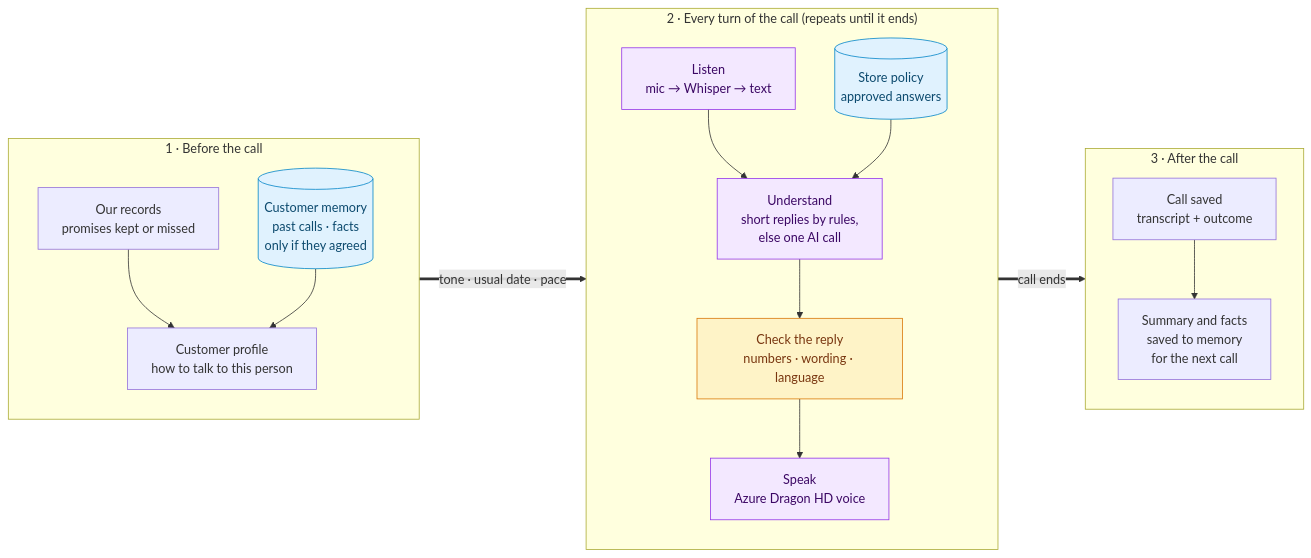
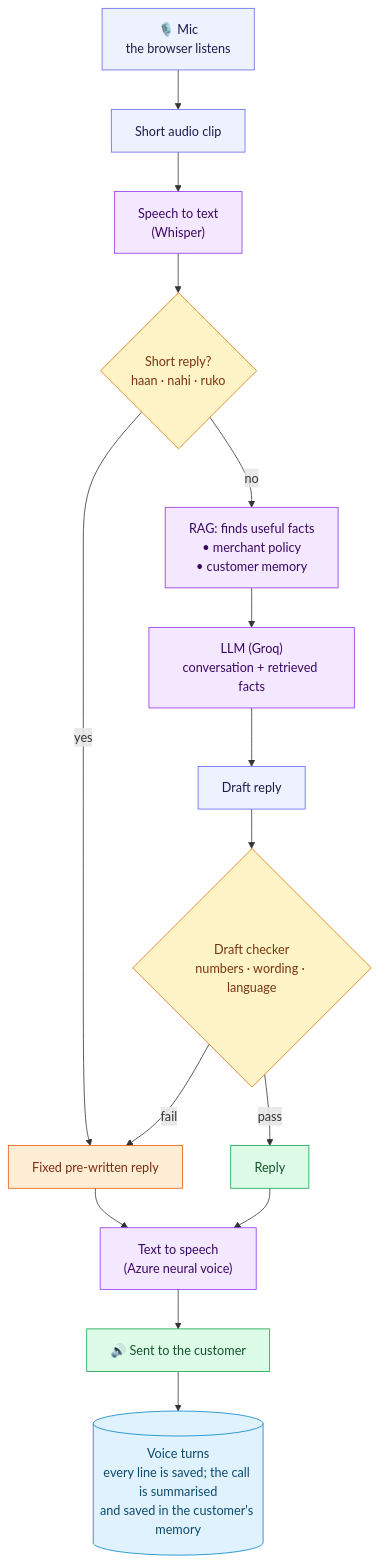
One commit to Lakshaykhatri231/Backstop changed the fourth of 4 diagrams in README.md. Above: the diagram before and after it, drawn with Mermaid. The commit also changed other lines of this file, not shown here.

Commit message:
Personalised voice agent, Dragon HD pace and pauses, top-down voice diagram

````diff
--- a/README.md
+++ b/README.md
@@ -387,40 +387,34 @@
 ```mermaid
-flowchart LR
-    subgraph A["1 · Before the call"]
-      direction TB
-      REC["Our records<br/>promises kept or missed"]
-      MEM[("Customer memory<br/>past calls · facts<br/>only if they agreed")]
-      PROF["Customer profile<br/>how to talk to this person"]
-      REC --> PROF
-      MEM --> PROF
-    end
+flowchart TD
+    MIC["🎙️ Mic<br/>the browser listens"] --> CLIP["Short audio clip"]
+    CLIP --> STT["Speech to text<br/>(Whisper)"]
+    STT --> SR{"Short reply?<br/>haan · nahi · ruko"}
 
-    subgraph B["2 · Every turn of the call (repeats until it ends)"]
-      direction TB
-      L["Listen<br/>mic → Whisper → text"]
-      U["Understand<br/>short replies by rules,<br/>else one AI call"]
-      KB[("Store policy<br/>approved answers")]
-      C["Check the reply<br/>numbers · wording · language"]
-      S["Speak<br/>Azure Dragon HD voice"]
-      L --> U
-      KB --> U
-      U --> C --> S
-    end
+    SR -- yes --> FIX["Fixed pre-written reply"]
+    SR -- no --> RAG["RAG: finds useful facts<br/>• merchant policy<br/>• customer memory"]
 
-    subgraph D["3 · After the call"]
-      direction TB
-      R["Call saved<br/>transcript + outcome"]
-      SUM["Summary and facts<br/>saved to memory<br/>for the next call"]
-      R --> SUM
-    end
+    RAG --> LLM["LLM (Groq)<br/>conversation + retrieved facts"]
+    LLM --> DRAFT["Draft reply"]
+    DRAFT --> CHK{"Draft checker<br/>numbers · wording · language"}
 
-    A ==>|"tone · usual date · pace"| B
-    B ==>|"call ends"| D
+    CHK -- fail --> FIX
+    CHK -- pass --> REPLY["Reply"]
 
+    FIX --> TTS["Text to speech<br/>(Azure neural voice)"]
+    REPLY --> TTS
+    TTS --> SENT["🔊 Sent to the customer"]
+    SENT --> VT[("Voice turns<br/>every line is saved; the call is summarised<br/>and saved in the customer's memory")]
+
+    classDef step fill:#eef2ff,stroke:#6366f1,color:#1e1b4b
+    classDef ask fill:#fef3c7,stroke:#d97706,color:#78350f
+    classDef fixed fill:#ffedd5,stroke:#ea580c,color:#7c2d12
+    classDef ai fill:#f3e8ff,stroke:#9333ea,color:#3b0764
+    classDef good fill:#dcfce7,stroke:#16a34a,color:#14532d
     classDef store fill:#e0f2fe,stroke:#0284c7,color:#0c4a6e
-    classDef ai fill:#f3e8ff,stroke:#9333ea,color:#3b0764
-    classDef guard fill:#fef3c7,stroke:#d97706,color:#78350f
-    class MEM,KB store
-    class L,U,S ai
-    class C guard
+    class MIC,CLIP,DRAFT step
+    class SR,CHK ask
+    class FIX fixed
+    class STT,RAG,LLM,TTS ai
+    class REPLY,SENT good
+    class VT store
 ```
````
